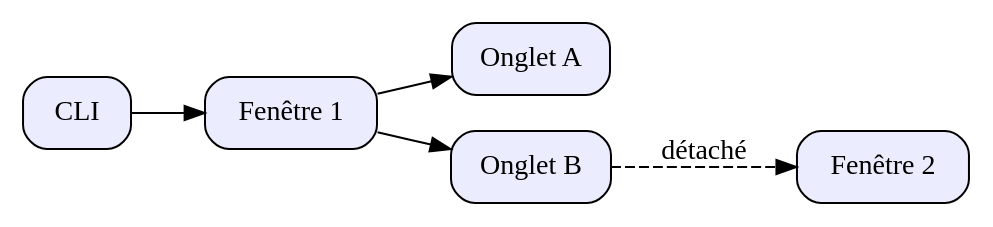
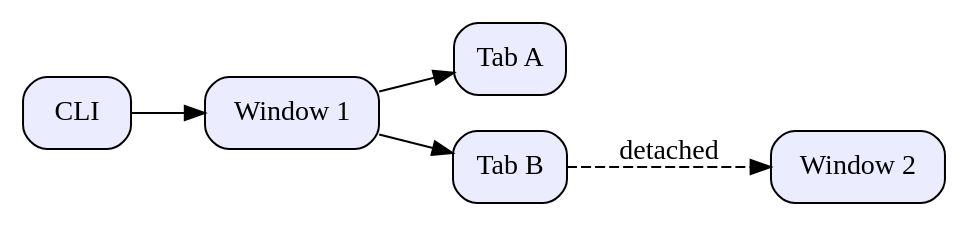
One commit to vdidon/kroki-deskapp changed the fourth of 6 diagrams in samples/demo.md. Above: the diagram before and after it, drawn with Graphviz. The commit also changed other lines of this file and 10 other files, not shown here.

````diff
--- a/samples/demo.md
+++ b/samples/demo.md
@@ -80,9 +80,9 @@
 ```dot
 digraph G {
   rankdir=LR;
   node [shape=box, style="rounded,filled", fillcolor="#ECECFF"];
-  CLI -> "Fenêtre 1" -> "Onglet A";
-  "Fenêtre 1" -> "Onglet B";
-  "Onglet B" -> "Fenêtre 2" [label="détaché", style=dashed];
+  CLI -> "Window 1" -> "Tab A";
+  "Window 1" -> "Tab B";
+  "Tab B" -> "Window 2" [label="detached", style=dashed];
 }
 ```
````
